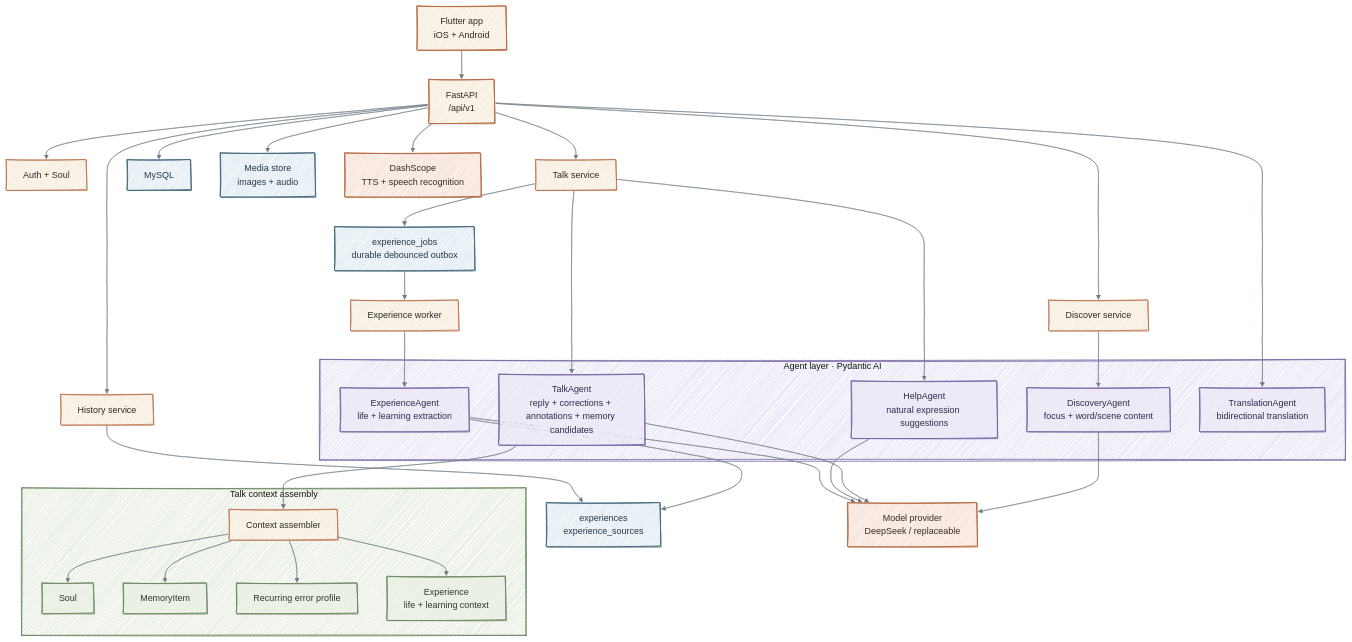
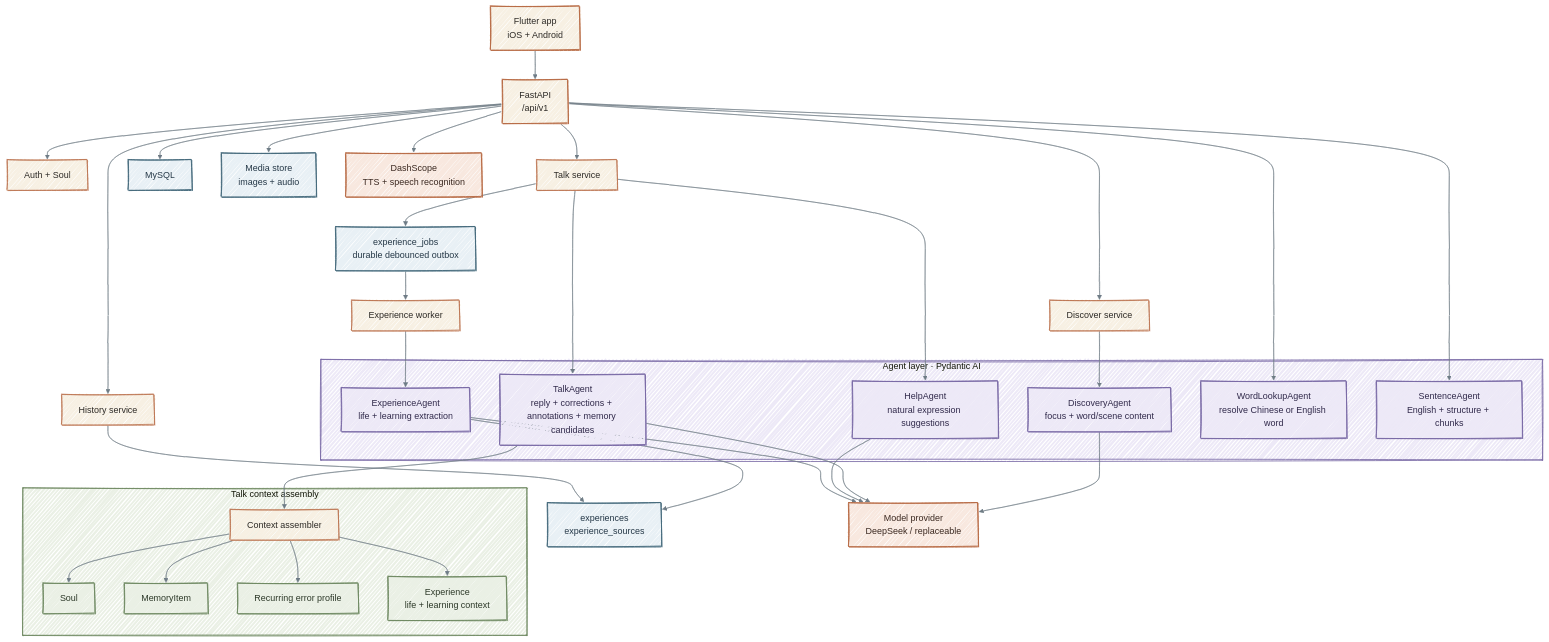
Before and after one commit to ZhangPeibin/Named: the second of 4 diagrams in README.md, drawn with Mermaid. The commit also changed other lines of this file and 26 other files, not shown here.

Commit message:
feat: replace talk translation with word and sentence details

````diff
--- a/README.md
+++ b/README.md
@@ -94,77 +94,79 @@
 ```mermaid
 %%{init: {
   "theme": "base",
   "look": "handDrawn",
   "themeVariables": {
     "background": "#FBF8F2",
     "primaryColor": "#F7F0E3",
     "primaryTextColor": "#2D2A26",
     "primaryBorderColor": "#B86B45",
     "lineColor": "#6F7C86",
     "secondaryColor": "#E8F0F5",
     "tertiaryColor": "#EDE9F7",
     "fontFamily": "ui-rounded, Trebuchet MS, sans-serif"
   }
 }}%%
 flowchart TB
     App["Flutter app<br/>iOS + Android"] --> API["FastAPI<br/>/api/v1"]
 
     API --> Auth["Auth + Soul"]
     API --> Discover["Discover service"]
     API --> Talk["Talk service"]
     API --> History["History service"]
 
     subgraph AgentLayer["Agent layer · Pydantic AI"]
         DiscoveryAgent["DiscoveryAgent<br/>focus + word/scene content"]
         TalkAgent["TalkAgent<br/>reply + corrections + annotations + memory candidates"]
         HelpAgent["HelpAgent<br/>natural expression suggestions"]
         ExperienceAgent["ExperienceAgent<br/>life + learning extraction"]
-        TranslationAgent["TranslationAgent<br/>bidirectional translation"]
+        WordLookupAgent["WordLookupAgent<br/>resolve Chinese or English word"]
+        SentenceAgent["SentenceAgent<br/>English + structure + chunks"]
     end
 
     Discover --> DiscoveryAgent
     Talk --> TalkAgent
     Talk --> HelpAgent
-    API --> TranslationAgent
+    API --> WordLookupAgent
+    API --> SentenceAgent
 
     subgraph ContextLayer["Talk context assembly"]
         Context["Context assembler"]
         Soul["Soul"]
         Memory["MemoryItem"]
         Errors["Recurring error profile"]
         Experiences["Experience<br/>life + learning context"]
     end
 
     TalkAgent --> Context
     Context --> Soul
     Context --> Memory
     Context --> Errors
     Context --> Experiences
 
     Talk --> Queue["experience_jobs<br/>durable debounced outbox"]
     Queue --> Worker["Experience worker"]
     Worker --> ExperienceAgent
     ExperienceAgent --> ExperienceStore["experiences<br/>experience_sources"]
     History --> ExperienceStore
 
     DiscoveryAgent --> Model["Model provider<br/>DeepSeek / replaceable"]
     TalkAgent --> Model
     HelpAgent --> Model
     ExperienceAgent --> Model
     API --> DB["MySQL"]
     API --> Media["Media store<br/>images + audio"]
     API --> Speech["DashScope<br/>TTS + speech recognition"]
 
     classDef warm fill:#F7F0E3,stroke:#B86B45,stroke-width:1.7px,color:#2D2A26
     classDef blue fill:#E8F0F5,stroke:#456A7C,stroke-width:1.7px,color:#243746
     classDef sage fill:#EAF0E5,stroke:#6F8A62,stroke-width:1.7px,color:#2C3828
     classDef lavender fill:#EDE9F7,stroke:#7A6AA6,stroke-width:1.7px,color:#30294A
     classDef peach fill:#F8E8DF,stroke:#B86B45,stroke-width:1.7px,color:#3A2820
     class App,API warm
     class Soul,Memory,Errors,Experiences sage
-    class DiscoveryAgent,TalkAgent,HelpAgent,ExperienceAgent,TranslationAgent lavender
+    class DiscoveryAgent,TalkAgent,HelpAgent,ExperienceAgent,WordLookupAgent,SentenceAgent lavender
     class Model,Speech peach
     class DB,Media,Queue,ExperienceStore blue
     style ContextLayer fill:#EAF0E5,stroke:#6F8A62,stroke-width:1.5px
     style AgentLayer fill:#EDE9F7,stroke:#7A6AA6,stroke-width:1.5px
 ```
````
